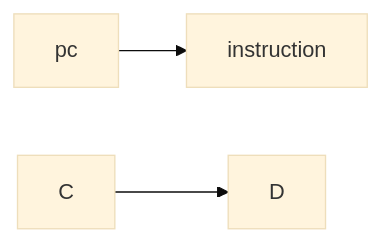
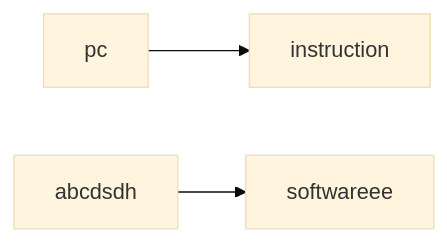
One commit to mHadi1091/my-notes-practice- changed the diagram in programming.md. Above: the diagram before and after it, drawn with Mermaid (base theme).

````diff
--- a/programming.md
+++ b/programming.md
@@ -98,5 +98,5 @@
 ```mermaid
 flowchart LR
  pc --> instruction
- C --> D
+ abcdsdh --> softwareee
 ```
````
